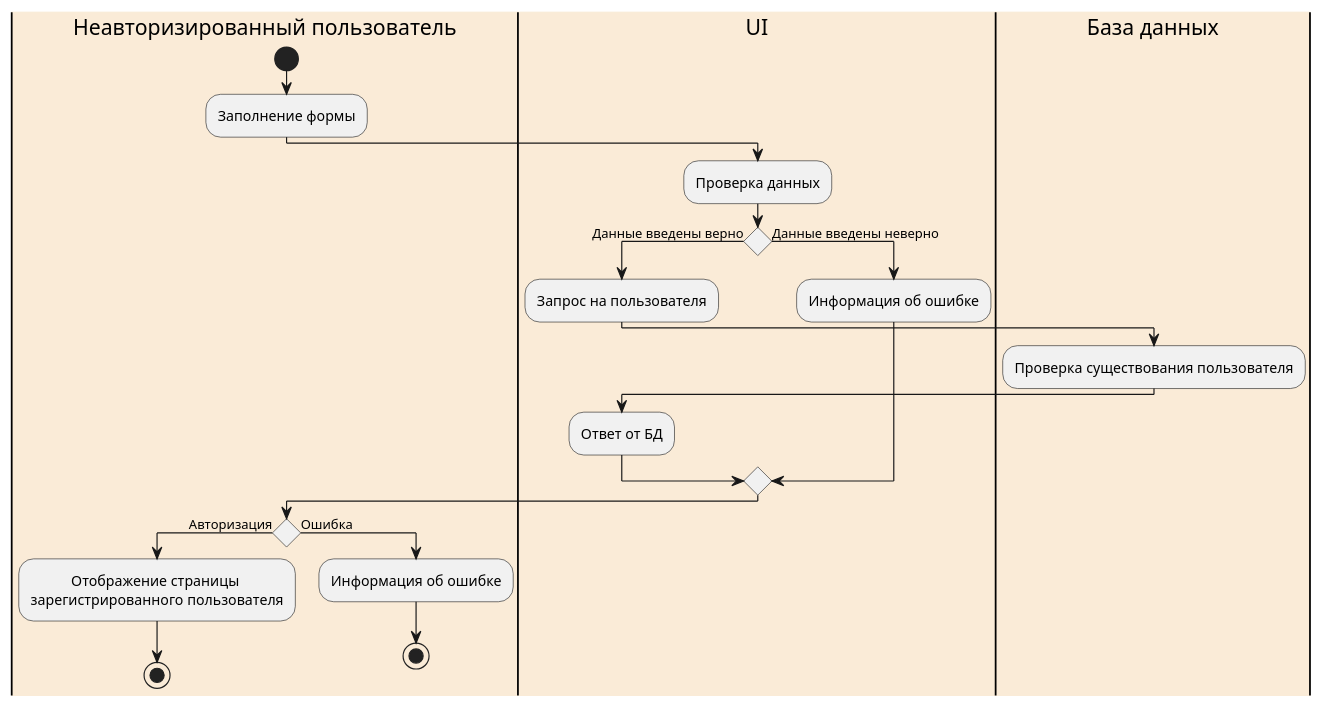
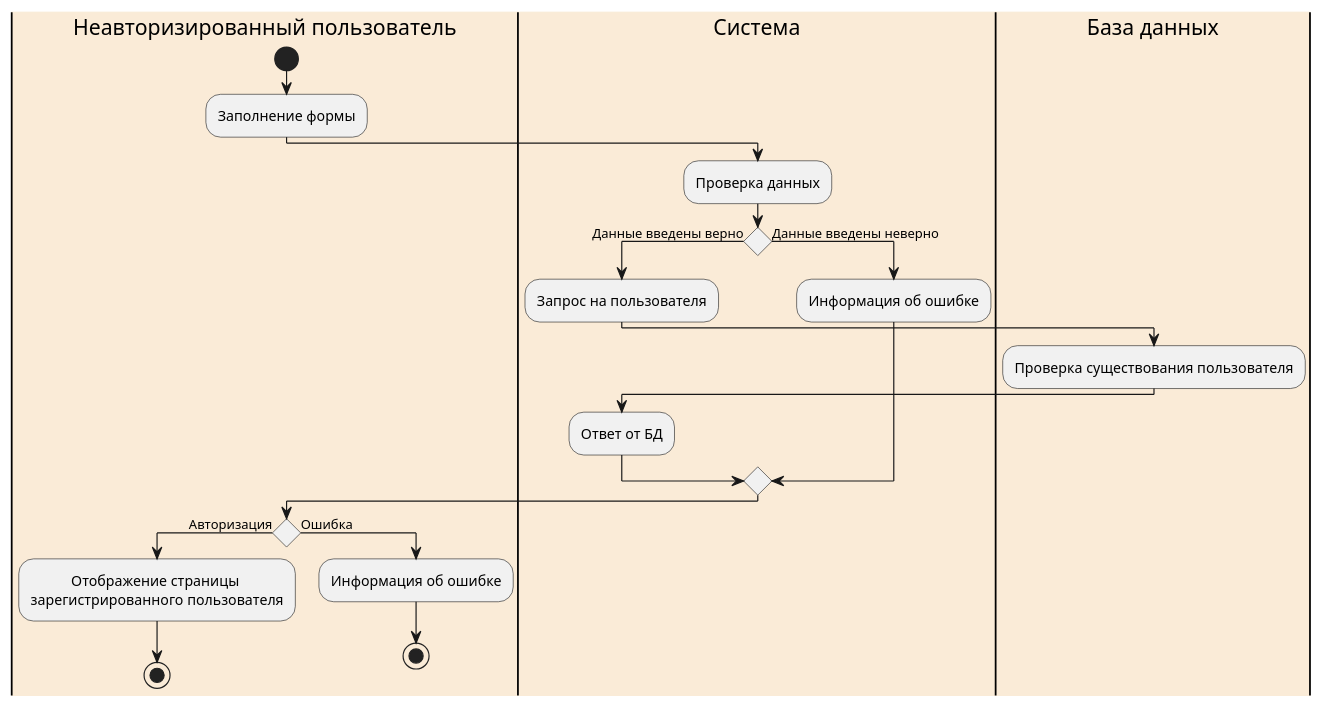
Before and after one commit to xlebec27/RGARMusic: the diagram in docs/diagrams/ActivityAuthorization.puml, drawn with PlantUML.

Commit message:
ActivityAuthorization diagram fix

```diff
--- a/docs/diagrams/ActivityAuthorization.puml
+++ b/docs/diagrams/ActivityAuthorization.puml
@@ -1,25 +1,25 @@
 @startuml
 
 |#AntiqueWhite|Неавторизированный пользователь|
 start
 :Заполнение формы;
-|#AntiqueWhite|UI|
+|#AntiqueWhite|Система|
 :Проверка данных;
 if() then (Данные введены верно)
 :Запрос на пользователя;
 |#AntiqueWhite|База данных|
 :Проверка существования пользователя;
-|#AntiqueWhite|UI|
+|#AntiqueWhite|Система|
 :Ответ от БД;
 else (Данные введены неверно)
 :Информация об ошибке;
 endif
 |#AntiqueWhite|Неавторизированный пользователь|
 if() then (Авторизация)
 :           Отображение страницы
 зарегистрированного пользователя;
 stop
 else(Ошибка)
 :Информация об ошибке;
 stop
 @enduml
```
